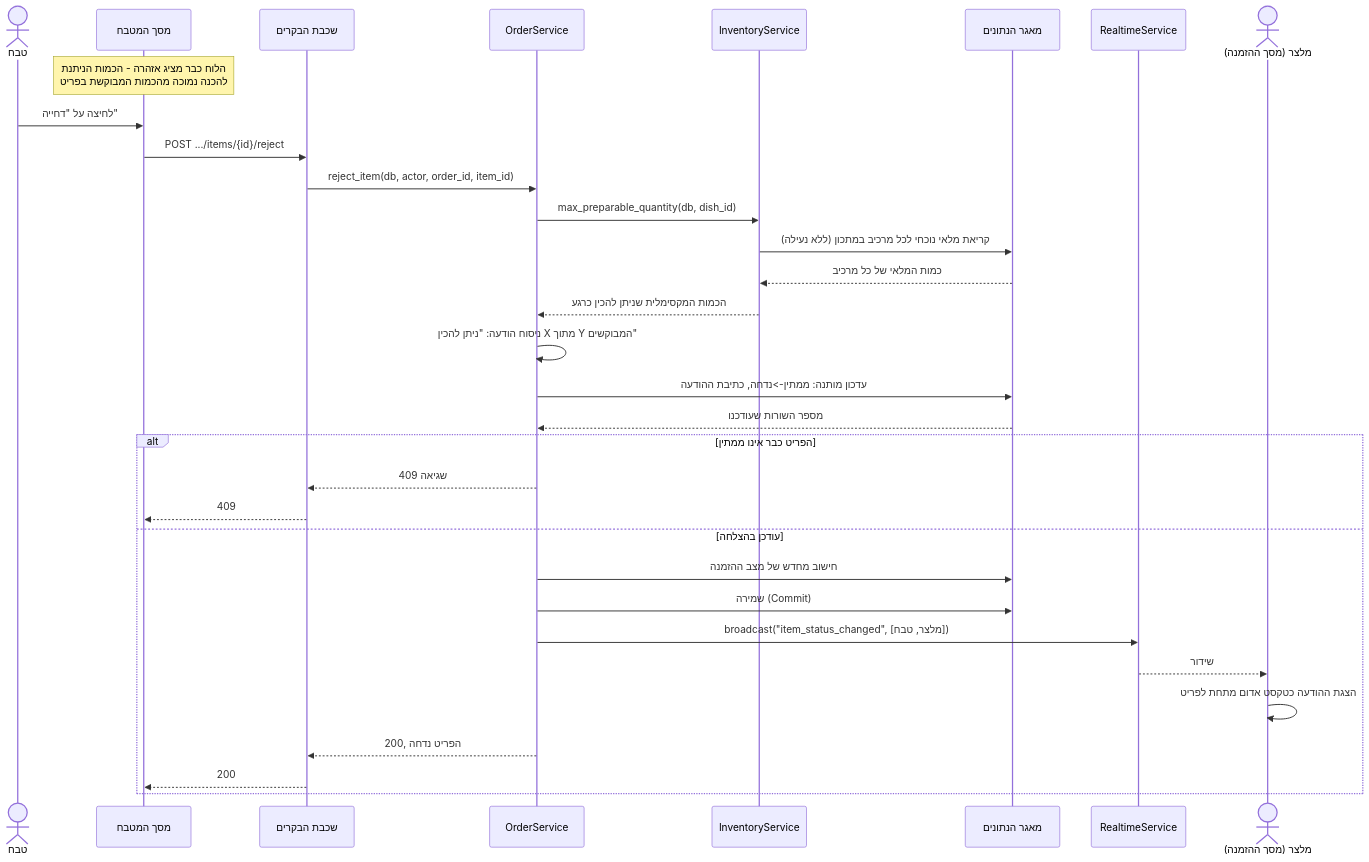
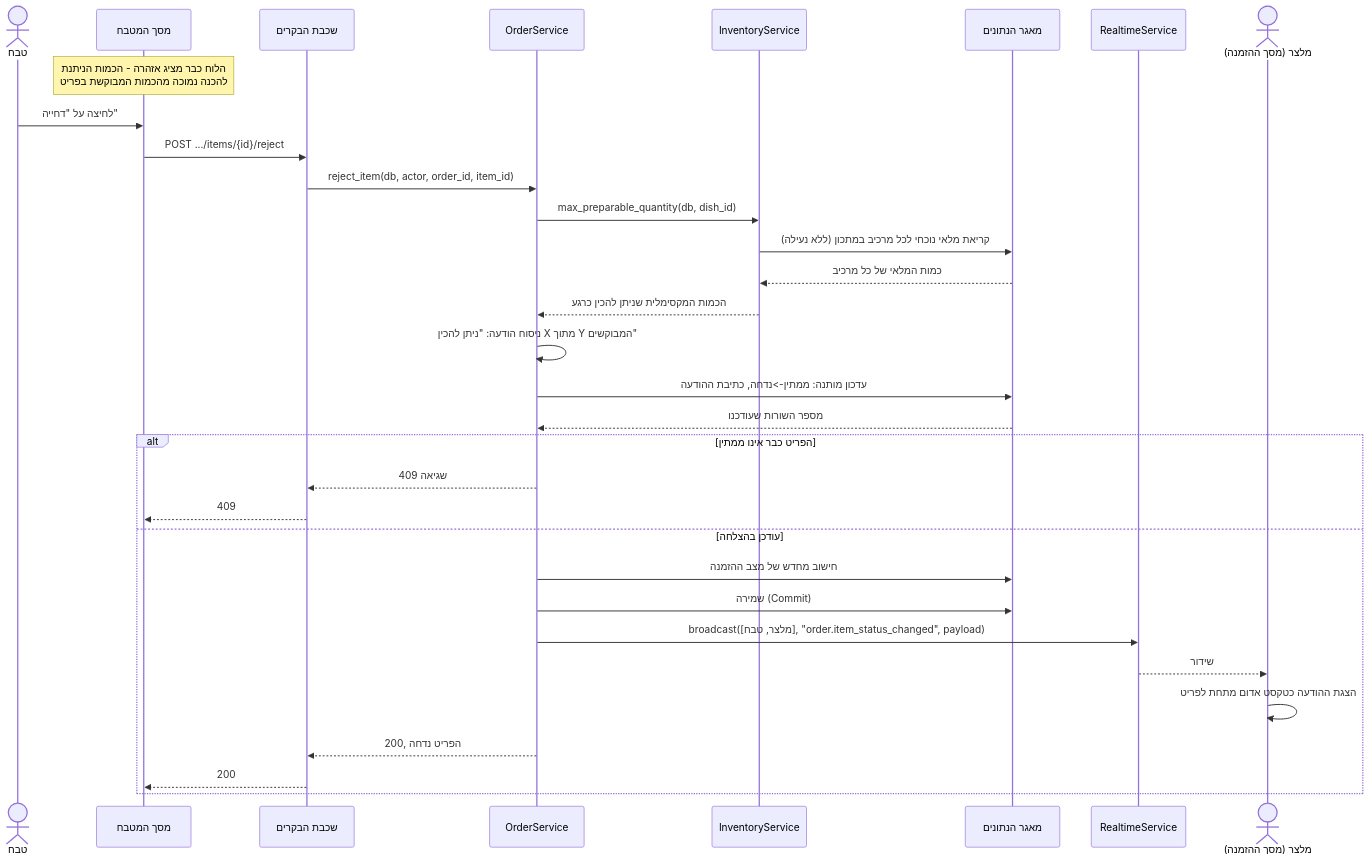
One commit to RonZaretsky/Restaurant-Kitchen-Management-System changed the diagram in מסמכים/הגשה/diagrams/sequence-reject-item.md. Above: the diagram before and after it, drawn with Mermaid. The commit also changed 18 other files, not shown here.

````diff
--- a/מסמכים/הגשה/diagrams/sequence-reject-item.md
+++ b/מסמכים/הגשה/diagrams/sequence-reject-item.md
@@ -3,39 +3,39 @@
 ```mermaid
 sequenceDiagram
     actor Cook as טבח
     participant UI as מסך המטבח
     participant API as שכבת הבקרים
     participant OS as OrderService
     participant IS as InventoryService
     participant DB as מאגר הנתונים
     participant RT as RealtimeService
     actor Waiter as מלצר (מסך ההזמנה)
 
     Note over UI: הלוח כבר מציג אזהרה - הכמות הניתנת<br/>להכנה נמוכה מהכמות המבוקשת בפריט
 
     Cook->>UI: לחיצה על "דחייה"
     UI->>API: POST .../items/{id}/reject
     API->>OS: reject_item(db, actor, order_id, item_id)
 
     OS->>IS: max_preparable_quantity(db, dish_id)
     IS->>DB: קריאת מלאי נוכחי לכל מרכיב במתכון (ללא נעילה)
     DB-->>IS: כמות המלאי של כל מרכיב
     IS-->>OS: הכמות המקסימלית שניתן להכין כרגע
 
     OS->>OS: ניסוח הודעה: "ניתן להכין X מתוך Y המבוקשים"
     OS->>DB: עדכון מותנה: ממתין->נדחה, כתיבת ההודעה
     DB-->>OS: מספר השורות שעודכנו
 
     alt הפריט כבר אינו ממתין
         OS-->>API: שגיאה 409
         API-->>UI: 409
     else עודכן בהצלחה
         OS->>DB: חישוב מחדש של מצב ההזמנה
         OS->>DB: שמירה (Commit)
-        OS->>RT: broadcast("item_status_changed", [מלצר, טבח])
+        OS->>RT: broadcast([מלצר, טבח], "order.item_status_changed", payload)
         RT-->>Waiter: שידור
         Waiter->>Waiter: הצגת ההודעה כטקסט אדום מתחת לפריט
         OS-->>API: 200, הפריט נדחה
         API-->>UI: 200
     end
 ```
````
